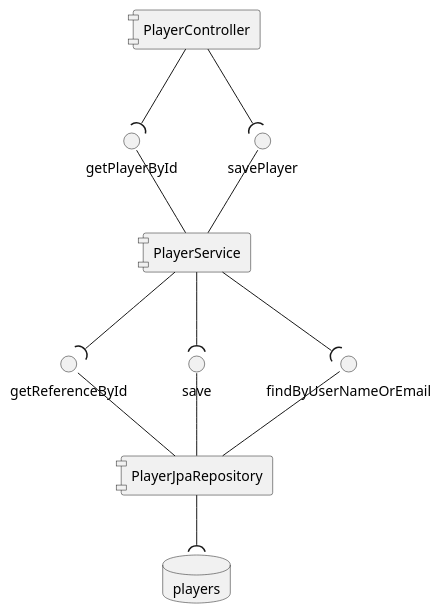
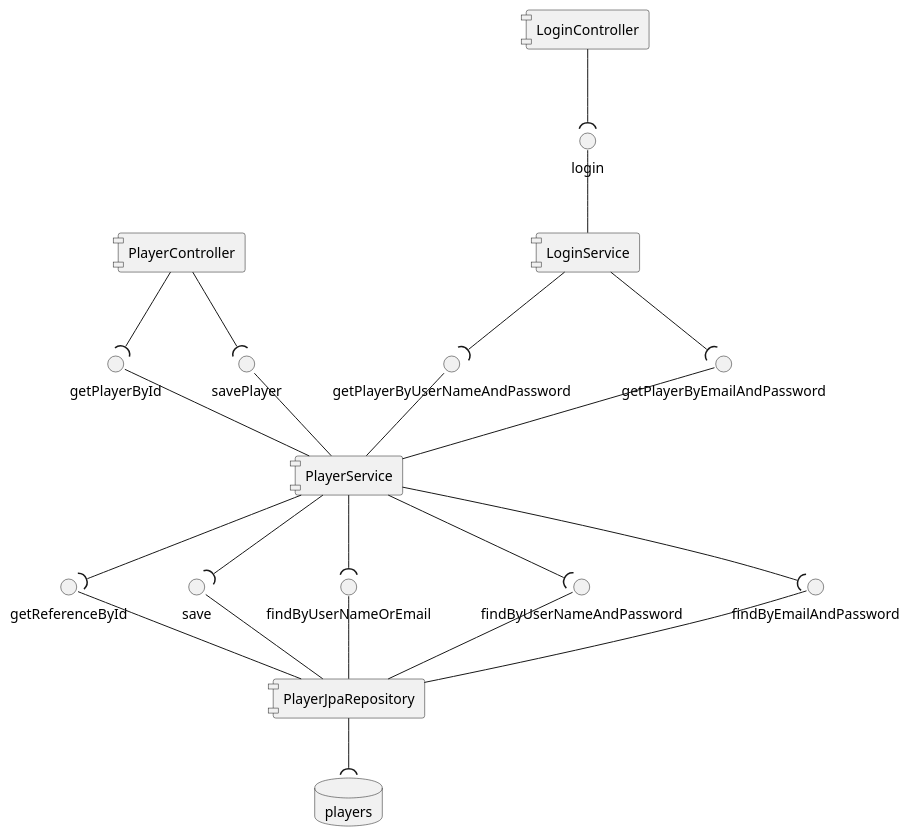
The diagram in docs/diagrams/model/components.puml (LeoLuiten/presentation), drawn with PlantUML before and after one commit. The commit also changed 7 other files, not shown here.

Commit message:
Login controller and service created. Extended the components.puml

```diff
--- a/docs/diagrams/model/components.puml
+++ b/docs/diagrams/model/components.puml
@@ -1,20 +1,32 @@
 @startuml
 skinparam componentStyle uml1
 
 database "players"
 
 [PlayerController] --(getPlayerById
 [PlayerController] --(savePlayer
+[LoginController] --(login
 
+
+[LoginService] --(getPlayerByUserNameAndPassword
+[LoginService] --(getPlayerByEmailAndPassword
+login --[LoginService]
 [PlayerService] --(getReferenceById
 [PlayerService] --(save
 [PlayerService] --(findByUserNameOrEmail
+[PlayerService] --(findByUserNameAndPassword
+[PlayerService] --(findByEmailAndPassword
+
 getPlayerById -- [PlayerService]
 savePlayer -- [PlayerService]
+getPlayerByUserNameAndPassword -- [PlayerService]
+getPlayerByEmailAndPassword -- [PlayerService]
 
 [PlayerJpaRepository] --("players"
 getReferenceById --[PlayerJpaRepository]
 save -- [PlayerJpaRepository]
 findByUserNameOrEmail -- [PlayerJpaRepository]
+findByUserNameAndPassword -- [PlayerJpaRepository]
+findByEmailAndPassword -- [PlayerJpaRepository]
 
 @enduml
```
